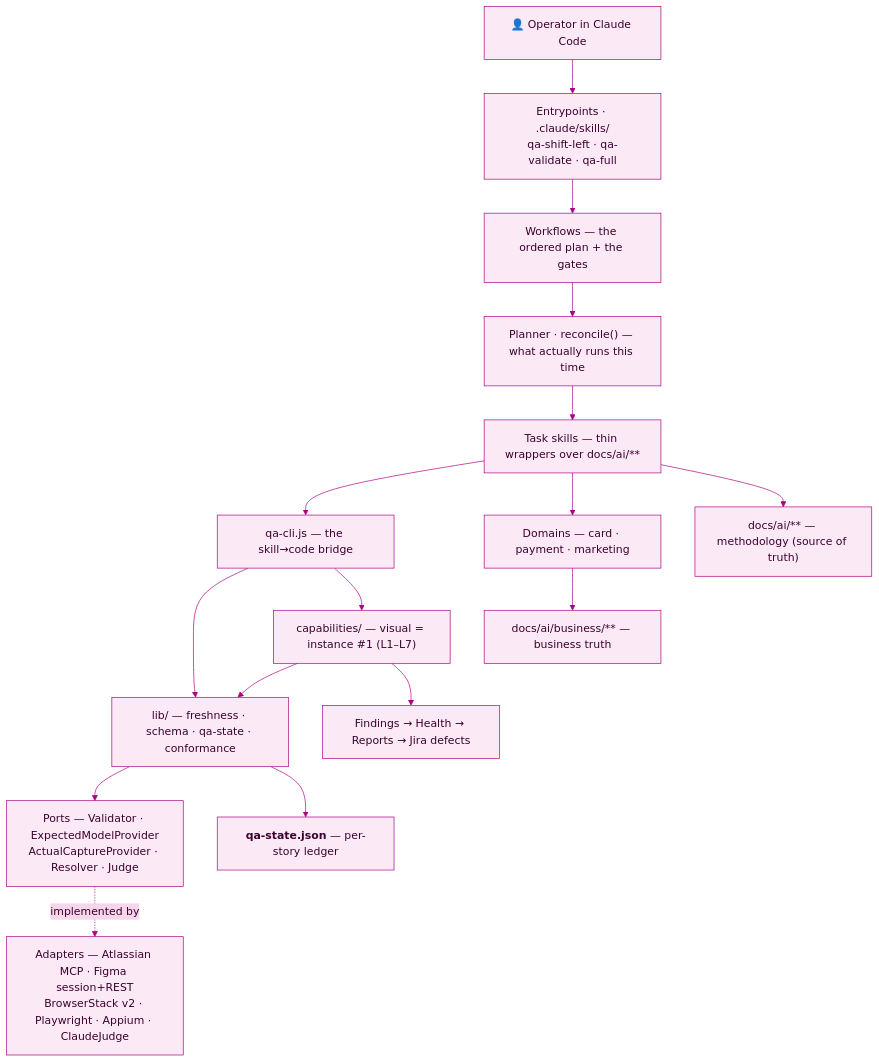
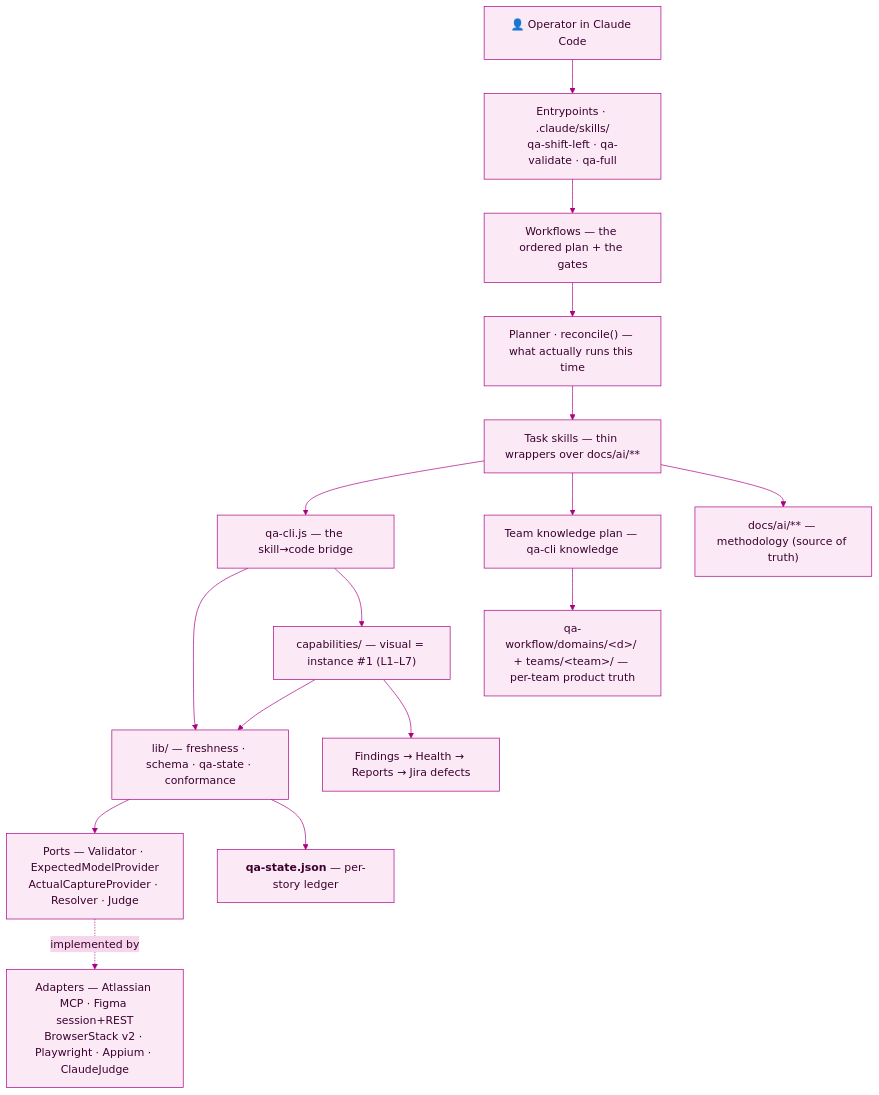
The first of 7 diagrams in ONBOARDING.md (Breadfast/breadfast-qa), drawn with Mermaid before and after one commit. The commit also changed other lines of this file and 101 other files, not shown here.

````diff
--- a/ONBOARDING.md
+++ b/ONBOARDING.md
@@ -104,18 +104,18 @@
 ```mermaid
 %%{init:{'theme':'base','themeVariables':{'primaryColor':'#FBEAF5','primaryTextColor':'#3B0030','primaryBorderColor':'#AA0082','lineColor':'#AA0082','secondaryColor':'#F6D6EA'}}}%%
 flowchart TD
     OP["👤 Operator in Claude Code"] --> EP["Entrypoints · .claude/skills/<br/>qa-shift-left · qa-validate · qa-full"]
     EP --> WF["Workflows — the ordered plan + the gates"]
     WF --> PL["Planner · reconcile() — what actually runs this time"]
     PL --> SK["Task skills — thin wrappers over docs/ai/**"]
     SK --> CLI["qa-cli.js — the skill→code bridge"]
     CLI --> LIB["lib/ — freshness · schema · qa-state · conformance"]
     CLI --> CAP["capabilities/ — visual = instance #1 (L1–L7)"]
     CAP --> LIB
     LIB --> PORTS["Ports — Validator · ExpectedModelProvider<br/>ActualCaptureProvider · Resolver · Judge"]
     PORTS -. implemented by .-> ADP["Adapters — Atlassian MCP · Figma session+REST<br/>BrowserStack v2 · Playwright · Appium · ClaudeJudge"]
-    SK --> DOM["Domains — card · payment · marketing"] --> BIZ["docs/ai/business/** — business truth"]
+    SK --> DOM["Team knowledge plan — qa-cli knowledge"] --> BIZ["qa-workflow/domains/&lt;d&gt;/ + teams/&lt;team&gt;/ — per-team product truth"]
     SK --> METH["docs/ai/** — methodology (source of truth)"]
     LIB --> STATE["<b>qa-state.json</b> — per-story ledger"]
     CAP --> FIND["Findings → Health → Reports → Jira defects"]
 ```
````
